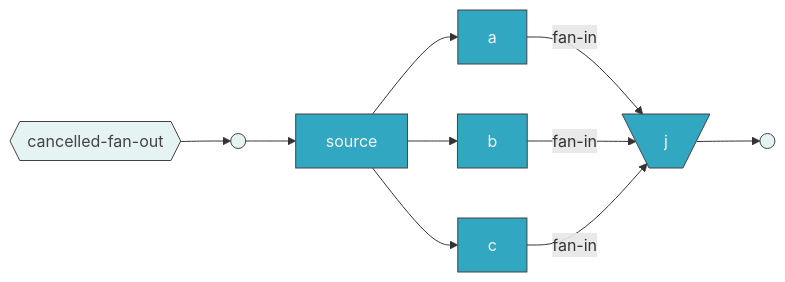
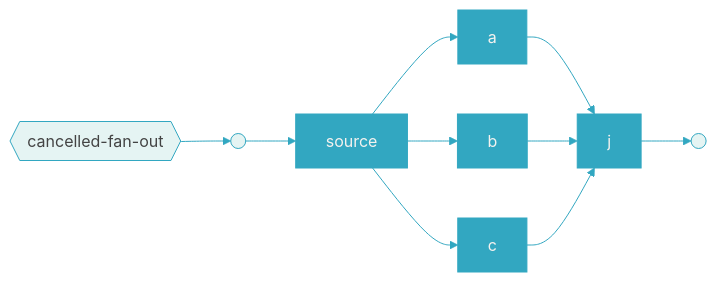
Before and after one commit to bhardwajRahul/fabric: the diagram in verify/cancelledfanoutflow/CANCELLEDFANOUT.mmd, drawn with Mermaid. The commit also changed 171 other files, not shown here.

```diff
--- a/verify/cancelledfanoutflow/CANCELLEDFANOUT.mmd
+++ b/verify/cancelledfanoutflow/CANCELLEDFANOUT.mmd
@@ -1,16 +1,20 @@
+%%{init: {'themeVariables': {'lineColor': '#32a7c1', 'edgeLabelBackground': '#e5f4f3', 'textColor': '#434343', 'titleColor': '#32a7c1', 'clusterTextColor': '#32a7c1'}}}%%
 graph LR
-    classDef task fill:#32a7c1,color:#f4f2ef,stroke:#434343
-    classDef sub fill:#ed2e92,color:#f4f2ef,stroke:#434343
-    classDef term fill:#e5f4f3,color:#434343,stroke:#434343
+    classDef task fill:#32a7c1,color:#f4f2ef,stroke:#32a7c1
+    classDef sub fill:#ed2e92,color:#f4f2ef,stroke:#ed2e92
+    classDef term fill:#e5f4f3,color:#434343,stroke:#32a7c1
 
     _title{{"cancelled-fan-out"}}:::term --> _start
-    t4@{ shape: trap-t, label: "j" }
-    _start(( )):::term --> t0["source"]:::task
-    t0 --> t1["a"]:::task
-    t0 --> t2["b"]:::task
-    t0 --> t3["c"]:::task
-    t1 -->|"fan-in"| t4
-    t2 -->|"fan-in"| t4
-    t3 -->|"fan-in"| t4
+    _start(( )):::term --> t0
+    t0["source"]:::task
+    t1["a"]:::task
+    t2["b"]:::task
+    t3["c"]:::task
+    t4["j"]:::task
+    t0 --> t1
+    t0 --> t2
+    t0 --> t3
+    t1 --> t4
+    t2 --> t4
+    t3 --> t4
     t4 --> _end(( )):::term
-    class t4 task
```
